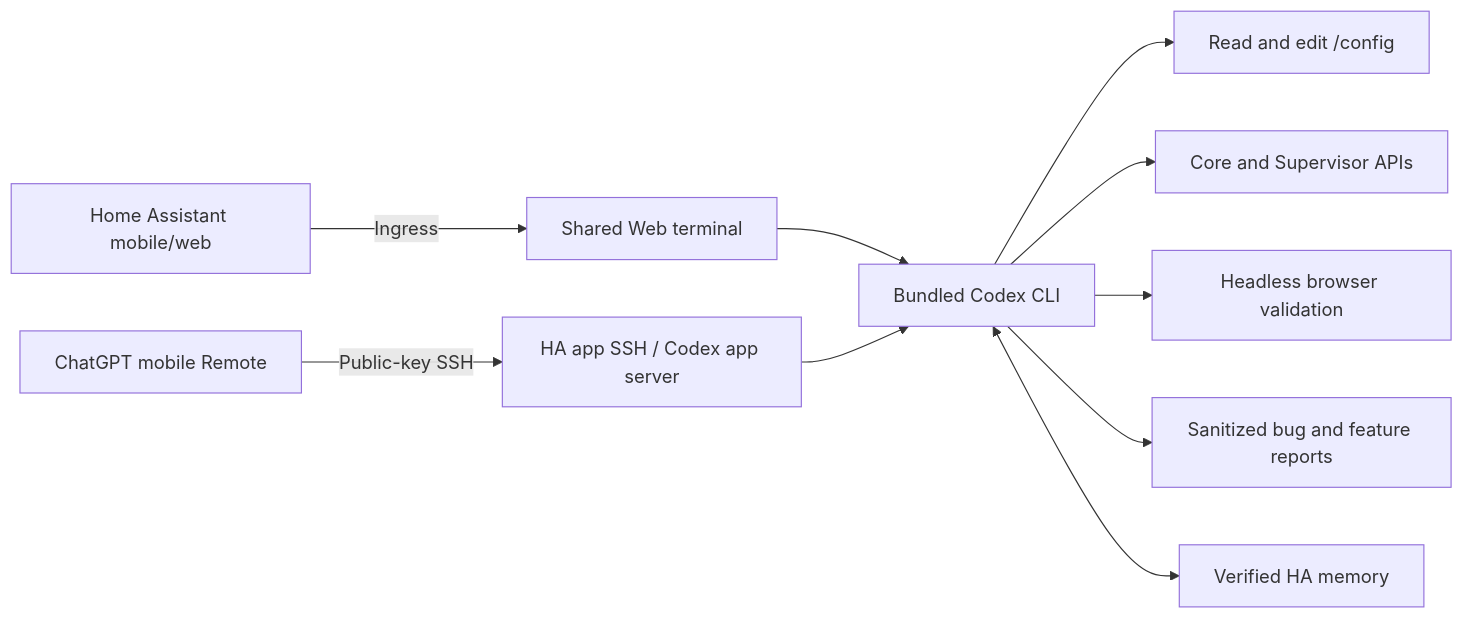
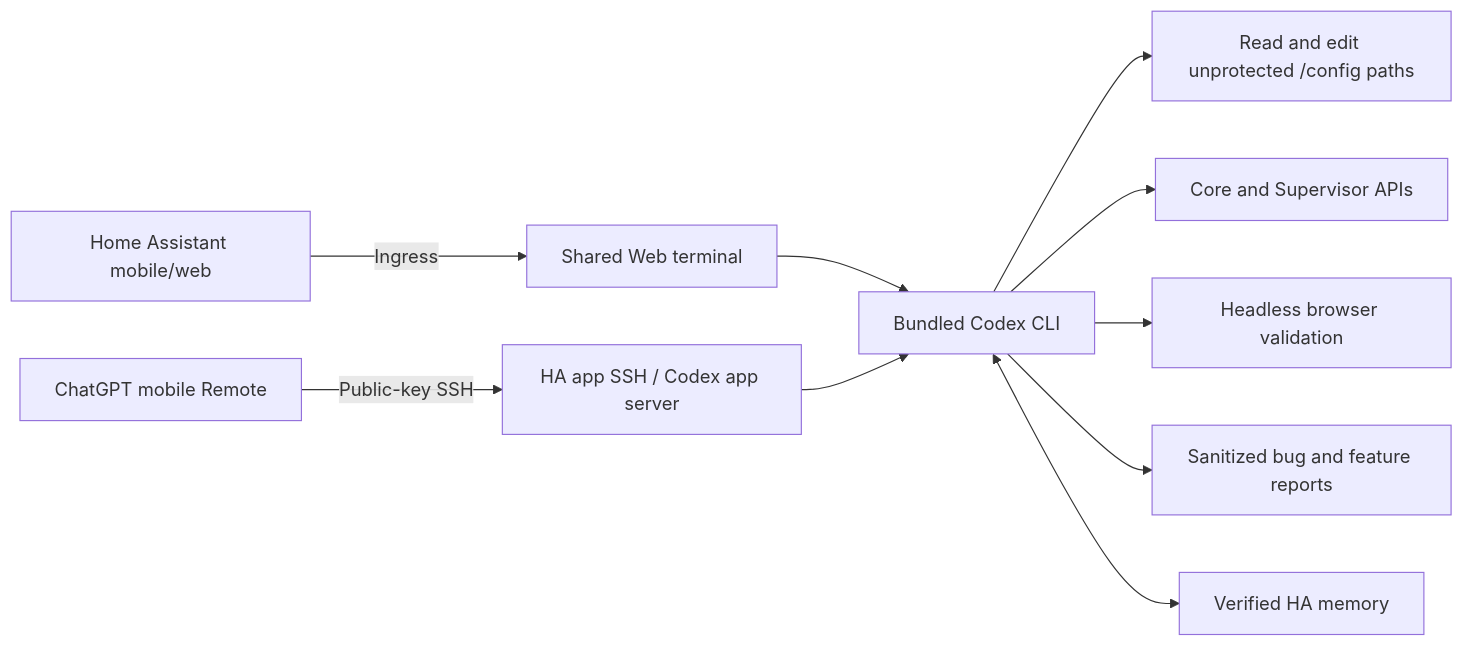
One commit to Kanu-Coffee/codex-for-home-assistant changed the diagram in README.en.md. Above: the diagram before and after it, drawn with Mermaid. The commit also changed other lines of this file and 69 other files, not shown here.

````diff
--- a/README.en.md
+++ b/README.en.md
@@ -65,12 +65,12 @@
 ```mermaid
 flowchart LR
     M["Home Assistant mobile/web"] -->|Ingress| T["Shared Web terminal"]
     P["ChatGPT mobile Remote"] -->|Public-key SSH| S["HA app SSH / Codex app server"]
     T --> C["Bundled Codex CLI"]
     S --> C
-    C --> F["Read and edit /config"]
+    C --> F["Read and edit unprotected /config paths"]
     C --> A["Core and Supervisor APIs"]
     C --> B["Headless browser validation"]
     C --> R["Sanitized bug and feature reports"]
     C <--> H["Verified HA memory"]
 ```
````
